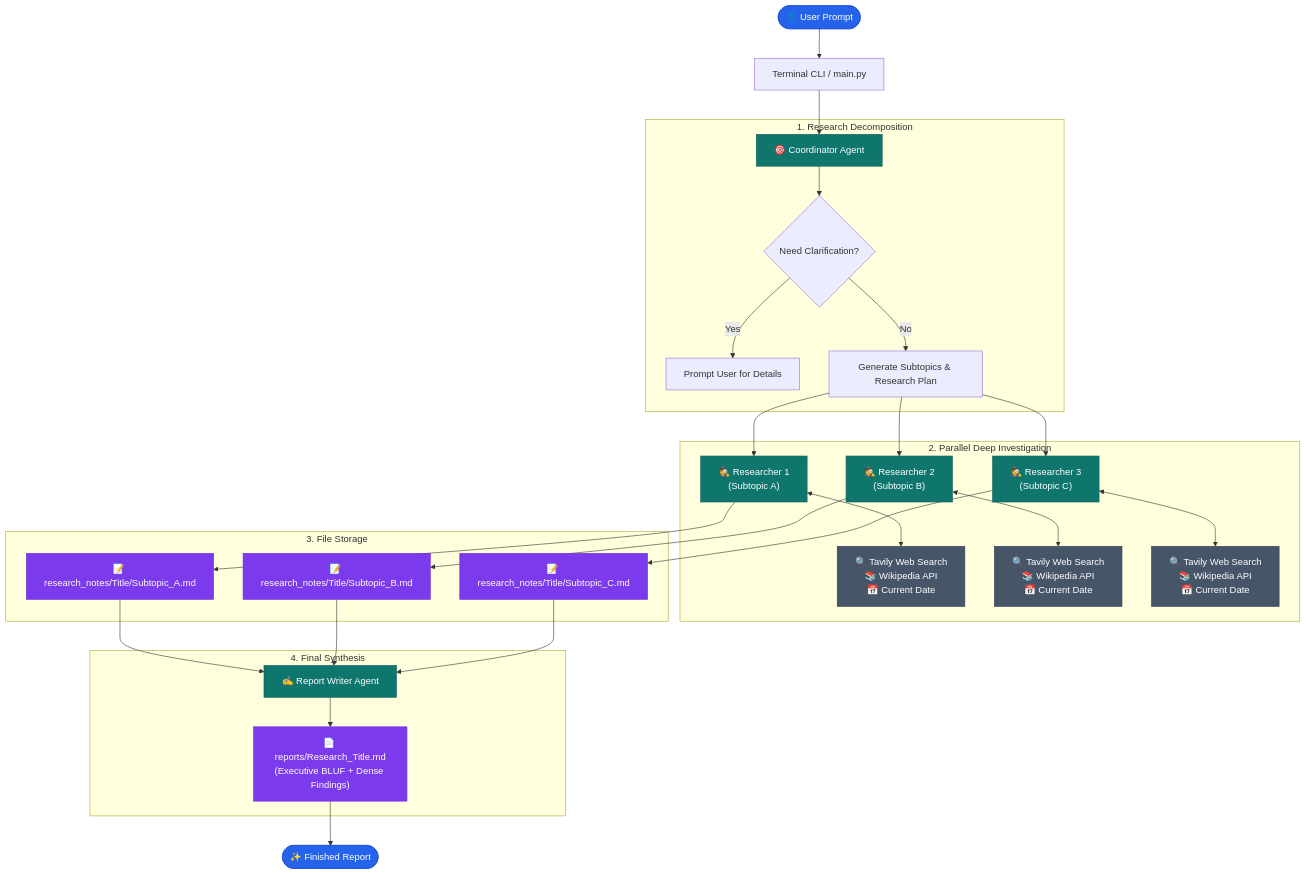
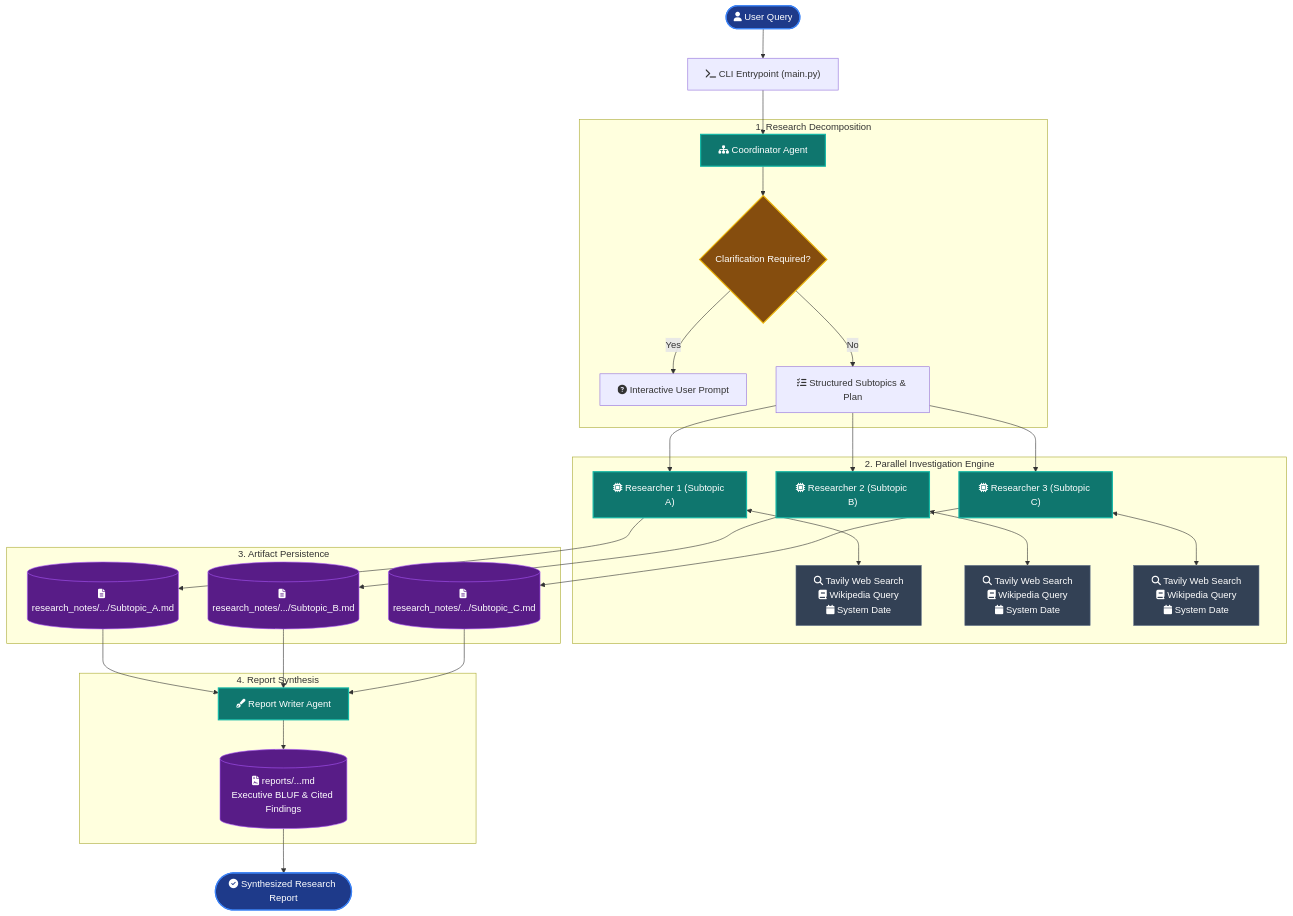
One commit to Anshul-Anuragi/deep-research-agent changed the diagram in README.md. Above: the diagram before and after it, drawn with Mermaid.

Commit message:
docs: replace emojis with FontAwesome icons in architecture diagram

````diff
--- a/README.md
+++ b/README.md
@@ -35,45 +35,48 @@
 ```mermaid
 flowchart TD
-    User([👤 User Prompt]) --> CLI[Terminal CLI / main.py]
-    CLI --> Coordinator[🎯 Coordinator Agent]
+    User(["fa:fa-user User Query"]) --> CLI["fa:fa-terminal CLI Entrypoint (main.py)"]
+    CLI --> Coordinator["fa:fa-sitemap Coordinator Agent"]
     
     subgraph Planning ["1. Research Decomposition"]
-        Coordinator --> Plan{Need Clarification?}
-        Plan -- Yes --> UserPrompt[Prompt User for Details]
-        Plan -- No --> Subtopics["Generate Subtopics & Research Plan"]
+        Coordinator --> Plan{"Clarification Required?"}
+        Plan -- Yes --> UserPrompt["fa:fa-question-circle Interactive User Prompt"]
+        Plan -- No --> Subtopics["fa:fa-tasks Structured Subtopics & Plan"]
     end
 
-    subgraph ParallelExec ["2. Parallel Deep Investigation"]
-        Subtopics --> Worker1["🕵️ Researcher 1<br/>(Subtopic A)"]
-        Subtopics --> Worker2["🕵️ Researcher 2<br/>(Subtopic B)"]
-        Subtopics --> Worker3["🕵️ Researcher 3<br/>(Subtopic C)"]
+    subgraph ParallelExec ["2. Parallel Investigation Engine"]
+        Subtopics --> Worker1["fa:fa-microchip Researcher 1 (Subtopic A)"]
+        Subtopics --> Worker2["fa:fa-microchip Researcher 2 (Subtopic B)"]
+        Subtopics --> Worker3["fa:fa-microchip Researcher 3 (Subtopic C)"]
 
-        Worker1 <--> Tools1["🔍 Tavily Web Search<br/>📚 Wikipedia API<br/>📅 Current Date"]
-        Worker2 <--> Tools2["🔍 Tavily Web Search<br/>📚 Wikipedia API<br/>📅 Current Date"]
-        Worker3 <--> Tools3["🔍 Tavily Web Search<br/>📚 Wikipedia API<br/>📅 Current Date"]
+        Worker1 <--> Tools1["fa:fa-search Tavily Web Search<br/>fa:fa-book Wikipedia Query<br/>fa:fa-calendar System Date"]
+        Worker2 <--> Tools2["fa:fa-search Tavily Web Search<br/>fa:fa-book Wikipedia Query<br/>fa:fa-calendar System Date"]
+        Worker3 <--> Tools3["fa:fa-search Tavily Web Search<br/>fa:fa-book Wikipedia Query<br/>fa:fa-calendar System Date"]
     end
 
-    subgraph Persistence ["3. File Storage"]
-        Worker1 --> Note1["📝 research_notes/Title/Subtopic_A.md"]
-        Worker2 --> Note2["📝 research_notes/Title/Subtopic_B.md"]
-        Worker3 --> Note3["📝 research_notes/Title/Subtopic_C.md"]
+    subgraph Persistence ["3. Artifact Persistence"]
+        Worker1 --> Note1[("fa:fa-file-alt research_notes/.../Subtopic_A.md")]
+        Worker2 --> Note2[("fa:fa-file-alt research_notes/.../Subtopic_B.md")]
+        Worker3 --> Note3[("fa:fa-file-alt research_notes/.../Subtopic_C.md")]
     end
 
-    subgraph Synthesis ["4. Final Synthesis"]
-        Note1 --> Writer[✍️ Report Writer Agent]
+    subgraph Synthesis ["4. Report Synthesis"]
+        Note1 --> Writer["fa:fa-pen-fancy Report Writer Agent"]
         Note2 --> Writer
         Note3 --> Writer
-        Writer --> FinalDoc["📄 reports/Research_Title.md<br/>(Executive BLUF + Dense Findings)"]
+        Writer --> FinalDoc[("fa:fa-file-contract reports/...md<br/>Executive BLUF & Cited Findings")]
     end
 
-    FinalDoc --> ResultDisplay([✨ Finished Report])
+    FinalDoc --> ResultDisplay(["fa:fa-check-circle Synthesized Research Report"])
 
-    classDef primary fill:#2563eb,stroke:#1d4ed8,color:#ffffff;
-    classDef agent fill:#0f766e,stroke:#115e59,color:#ffffff;
-    classDef tool fill:#475569,stroke:#334155,color:#ffffff;
-    classDef file fill:#7c3aed,stroke:#6d28d9,color:#ffffff;
+    classDef primary fill:#1e3a8a,stroke:#3b82f6,stroke-width:2px,color:#ffffff;
+    classDef agent fill:#0f766e,stroke:#14b8a6,stroke-width:2px,color:#ffffff;
+    classDef tool fill:#334155,stroke:#64748b,stroke-width:1px,color:#ffffff;
+    classDef file fill:#581c87,stroke:#a855f7,stroke-width:1px,color:#ffffff;
+    classDef decision fill:#854d0e,stroke:#eab308,stroke-width:2px,color:#ffffff;
+
     class User,ResultDisplay primary;
     class Coordinator,Worker1,Worker2,Worker3,Writer agent;
     class Tools1,Tools2,Tools3 tool;
     class Note1,Note2,Note3,FinalDoc file;
+    class Plan decision;
 ```
````
